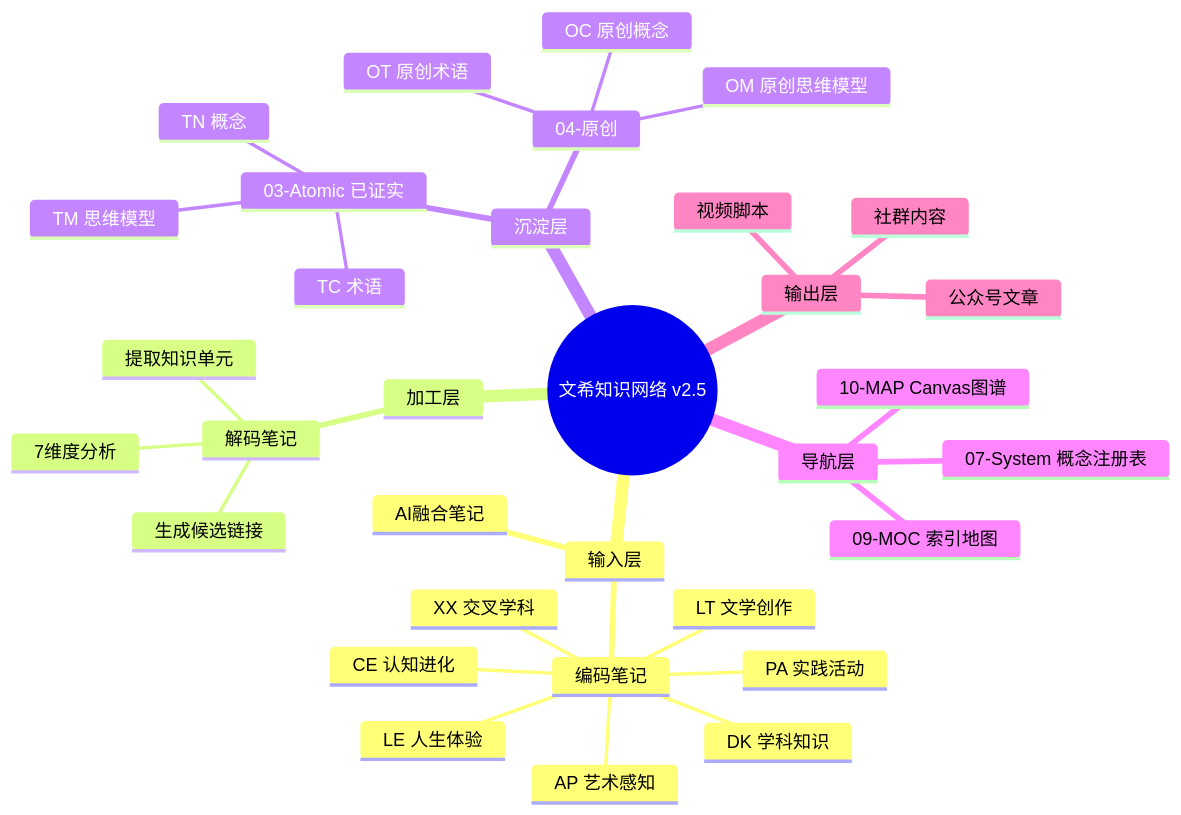
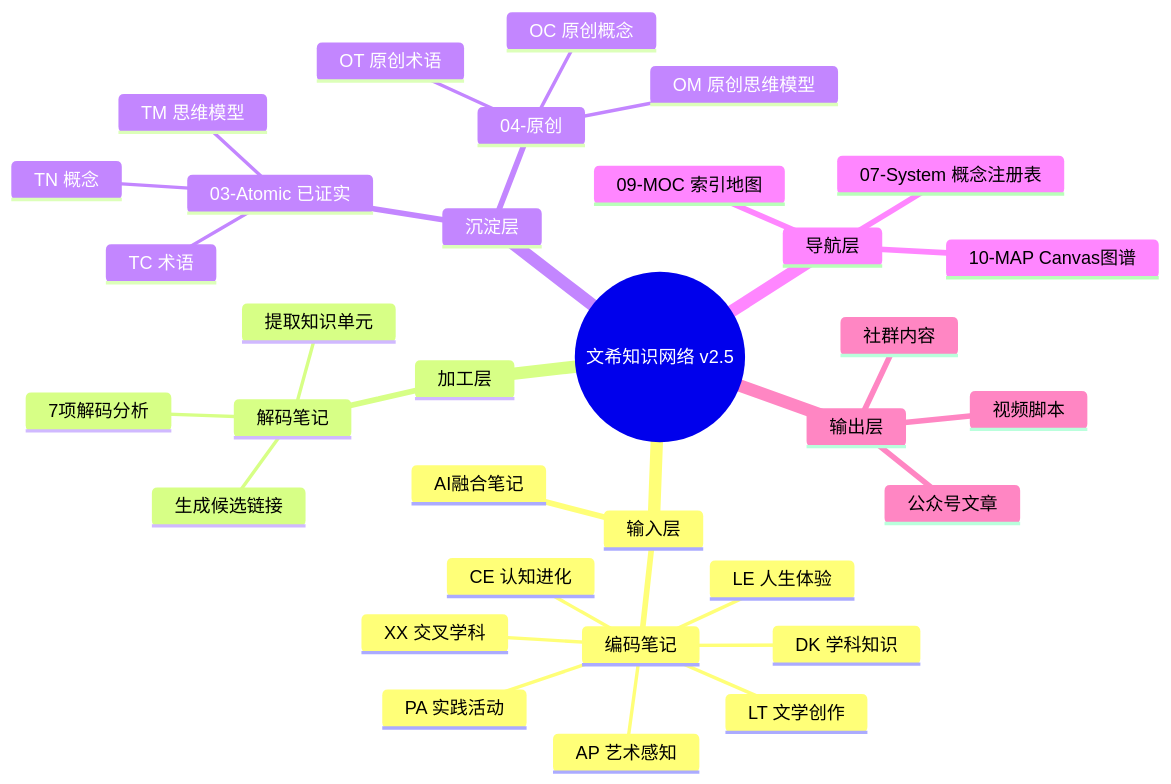
One commit to vincci-wenxi/vincci-knowledge-network changed the second of 5 diagrams in docs/知识库视觉导览.md. Above: the diagram before and after it, drawn with Mermaid. The commit also changed other lines of this file and 6 other files, not shown here.

````diff
--- a/docs/知识库视觉导览.md
+++ b/docs/知识库视觉导览.md
@@ -38,36 +40,36 @@
 ```mermaid
 mindmap
   root((文希知识网络 v2.5))
     输入层
       编码笔记
         LE 人生体验
         DK 学科知识
         AP 艺术感知
         CE 认知进化
         PA 实践活动
         LT 文学创作
         XX 交叉学科
       AI融合笔记
     加工层
       解码笔记
-        7维度分析
+        7项解码分析
         提取知识单元
         生成候选链接
     沉淀层
       03-Atomic 已证实
         TC 术语
         TM 思维模型
         TN 概念
       04-原创
         OT 原创术语
         OM 原创思维模型
         OC 原创概念
     导航层
       09-MOC 索引地图
       10-MAP Canvas图谱
       07-System 概念注册表
     输出层
       公众号文章
       视频脚本
       社群内容
 ```
````
